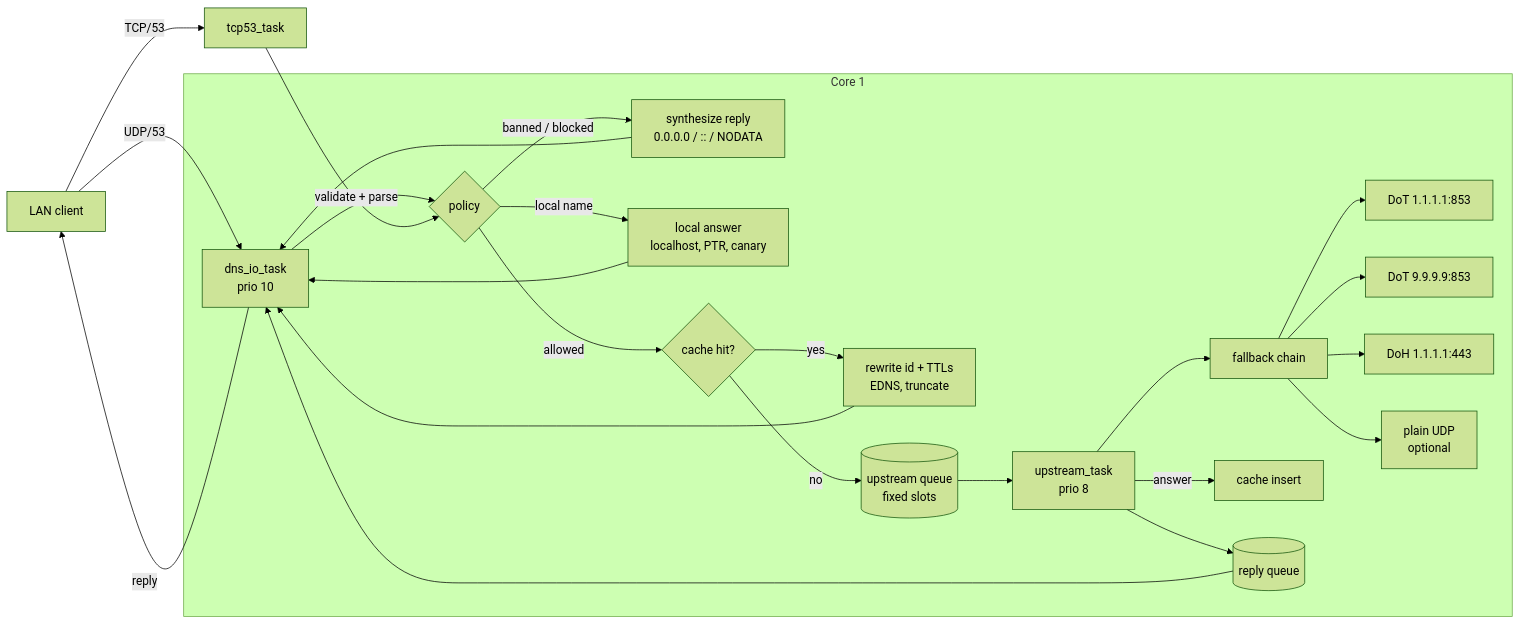
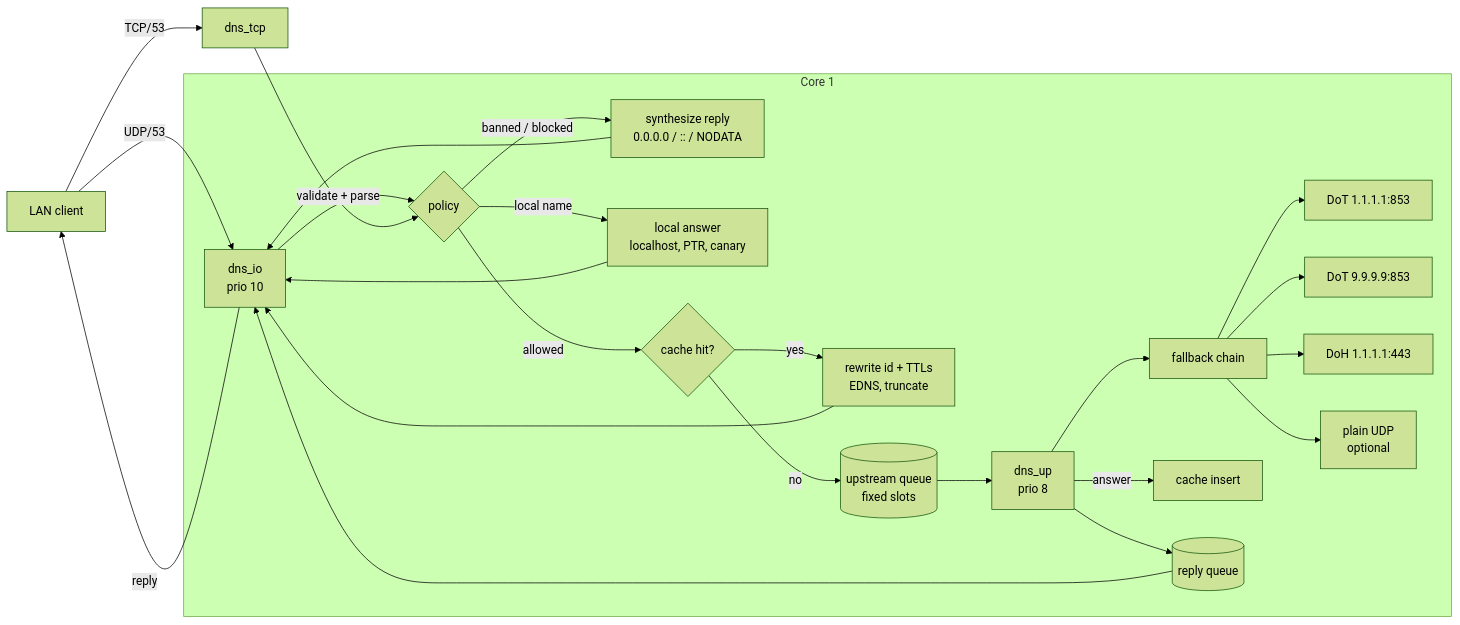
One commit to denzilrdz/esp32-s3-adblock changed the first of 3 diagrams in docs/ARCHITECTURE.md. Above: the diagram before and after it, drawn with Mermaid (forest theme). The commit also changed other lines of this file, not shown here.

First line of the commit message:
docs: bring ARCHITECTURE.md in line with the v0.1.0 code

````diff
--- a/docs/ARCHITECTURE.md
+++ b/docs/ARCHITECTURE.md
@@ -130,26 +140,26 @@
 ```mermaid
 flowchart LR
     C[LAN client] -- UDP/53 --> IO
-    C -- TCP/53 --> T53[tcp53_task]
+    C -- TCP/53 --> T53[dns_tcp]
     subgraph core1 [Core 1]
-      IO[dns_io_task<br/>prio 10] -->|validate + parse| P{policy}
+      IO[dns_io<br/>prio 10] -->|validate + parse| P{policy}
       P -- banned / blocked --> SYN[synthesize reply<br/>0.0.0.0 / :: / NODATA]
       P -- local name --> LOC[local answer<br/>localhost, PTR, canary]
       P -- allowed --> CA{cache hit?}
       CA -- yes --> RW[rewrite id + TTLs<br/>EDNS, truncate]
       CA -- no --> Q[(upstream queue<br/>fixed slots)]
-      Q --> UP[upstream_task<br/>prio 8]
+      Q --> UP[dns_up<br/>prio 8]
       UP --> CH[fallback chain]
       CH --> DOT1[DoT 1.1.1.1:853]
       CH --> DOT2[DoT 9.9.9.9:853]
       CH --> DOH[DoH 1.1.1.1:443]
       CH --> UDP[plain UDP<br/>optional]
       UP -->|answer| CW[cache insert]
       UP --> RQ[(reply queue)] --> IO
     end
     SYN --> IO
     LOC --> IO
     RW --> IO
     IO -- reply --> C
     T53 --> P
 ```
````
